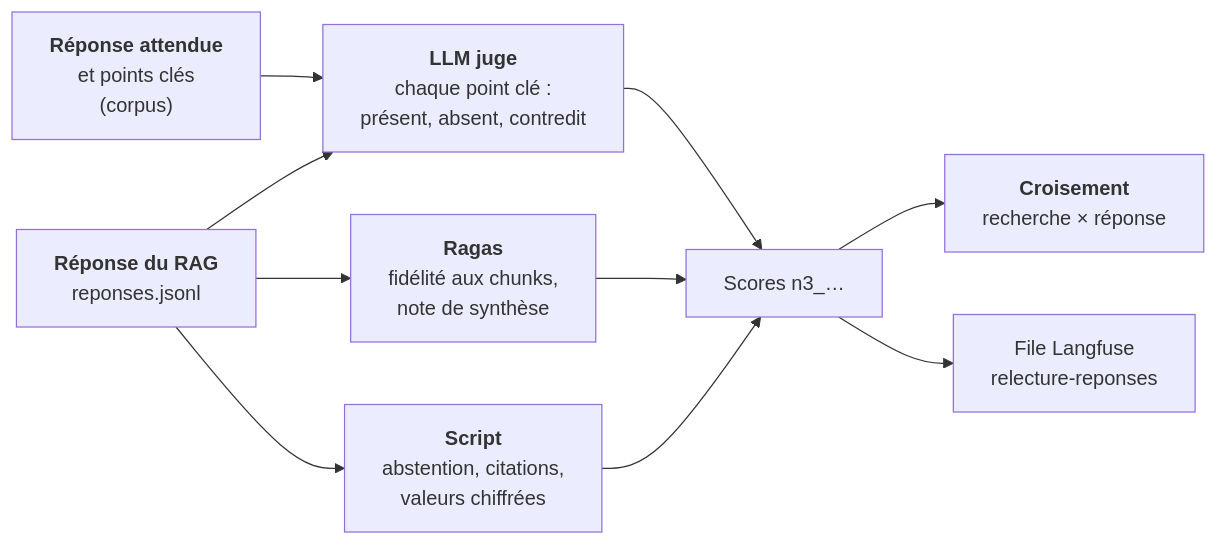
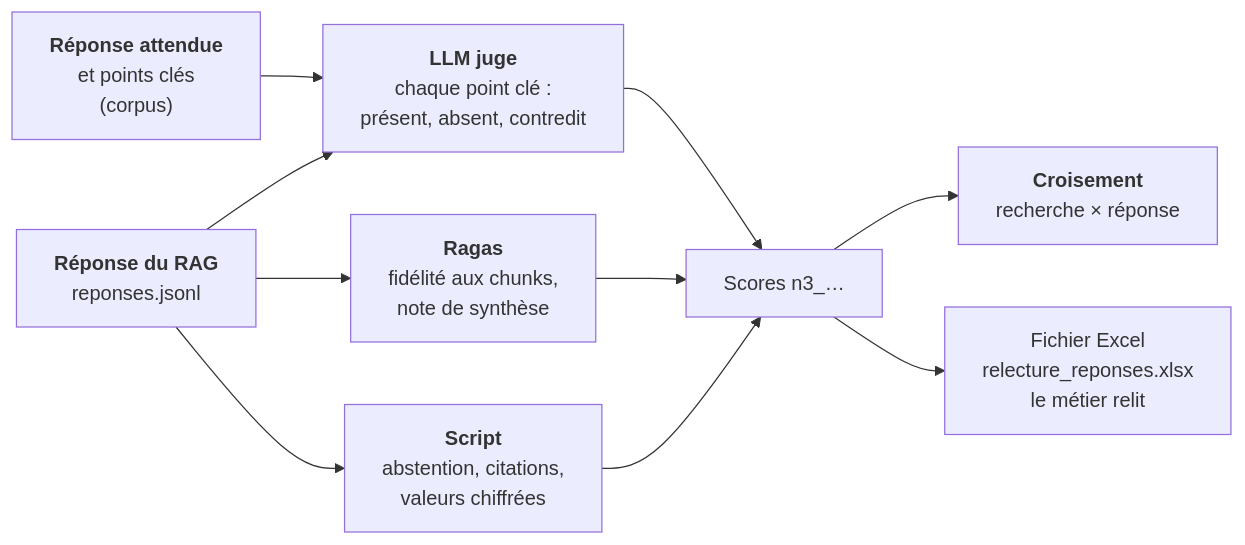
Before and after one commit to floSa/RAG-Evaluation: the first of 2 diagrams in service-evaluation/documentation/3_evaluation_reponse.md, drawn with Mermaid. The commit also changed other lines of this file and 7 other files, not shown here.

Commit message:
Guides, fil conducteur et README : fichier Excel par défaut, Langfuse en option, pour les trois relectures du métier

````diff
--- a/service-evaluation/documentation/3_evaluation_reponse.md
+++ b/service-evaluation/documentation/3_evaluation_reponse.md
@@ -40,12 +40,12 @@
 ```mermaid
 flowchart LR
     R["<b>Réponse du RAG</b><br/>reponses.jsonl"] --> J["<b>LLM juge</b><br/>chaque point clé :<br/>présent, absent, contredit"]
     A["<b>Réponse attendue</b><br/>et points clés<br/>(corpus)"] --> J
     R --> G["<b>Ragas</b><br/>fidélité aux chunks,<br/>note de synthèse"]
     R --> S["<b>Script</b><br/>abstention, citations,<br/>valeurs chiffrées"]
     J --> X["Scores n3_…"]
     G --> X
     S --> X
     X --> C["<b>Croisement</b><br/>recherche × réponse"]
-    X --> L["File Langfuse<br/>relecture-reponses"]
+    X --> L["Fichier Excel<br/>relecture_reponses.xlsx<br/>le métier relit"]
 ```
````
